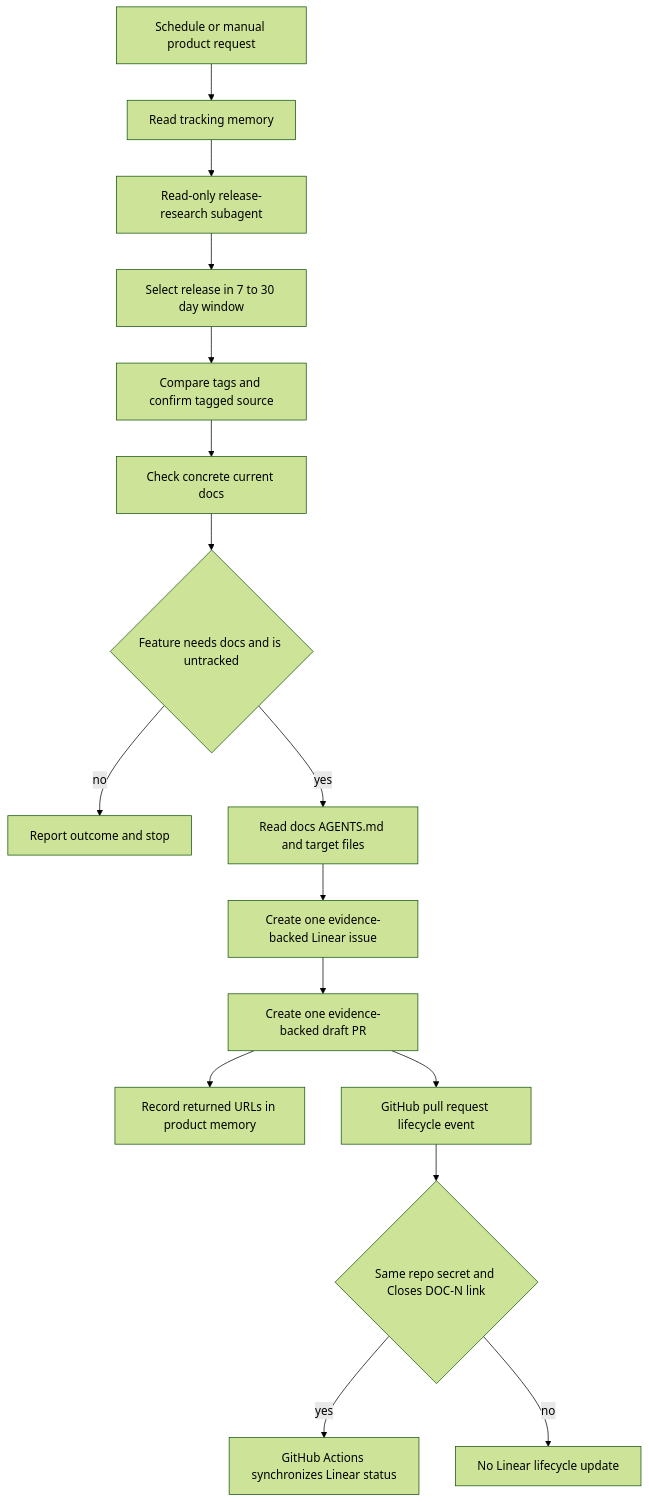
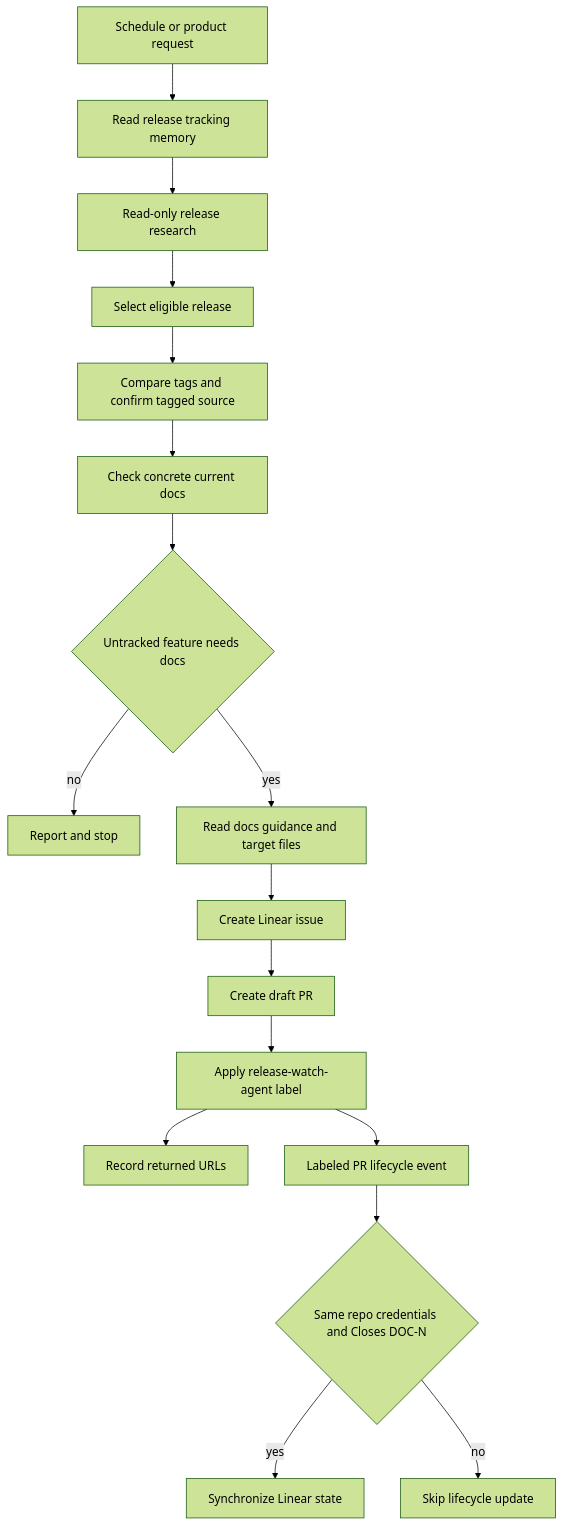
The diagram in openwiki/workflows/release-watch.md (langchain-ai/docs), drawn with Mermaid (forest theme) before and after one commit. The commit also changed other lines of this file and 33 other files, not shown here.

````diff
--- a/openwiki/workflows/release-watch.md
+++ b/openwiki/workflows/release-watch.md
@@ -90,18 +58,19 @@
 ```mermaid
 flowchart TD
-  Start["Schedule or manual product request"] --> Memory["Read tracking memory"]
-  Memory --> Research["Read-only release-research subagent"]
-  Research --> Select["Select release in 7 to 30 day window"]
-  Select --> Diff["Compare tags and confirm tagged source"]
-  Diff --> Coverage["Check concrete current docs"]
-  Coverage --> Gate{"Feature needs docs and is untracked"}
-  Gate -->|"no"| Stop["Report outcome and stop"]
-  Gate -->|"yes"| Base["Read docs AGENTS.md and target files"]
-  Base --> Issue["Create one evidence-backed Linear issue"]
-  Issue --> Draft["Create one evidence-backed draft PR"]
-  Draft --> Record["Record returned URLs in product memory"]
-  Draft --> Event["GitHub pull request lifecycle event"]
-  Event --> SyncGate{"Same repo secret and Closes DOC-N link"}
-  SyncGate -->|"yes"| Linear["GitHub Actions synchronizes Linear status"]
-  SyncGate -->|"no"| Skip["No Linear lifecycle update"]
+  Request["Schedule or product request"] --> Memory["Read release tracking memory"]
+  Memory --> Research["Read-only release research"]
+  Research --> Select["Select eligible release"]
+  Select --> Confirm["Compare tags and confirm tagged source"]
+  Confirm --> Coverage["Check concrete current docs"]
+  Coverage --> Gate{"Untracked feature needs docs"}
+  Gate -->|"no"| Stop["Report and stop"]
+  Gate -->|"yes"| Prepare["Read docs guidance and target files"]
+  Prepare --> Ticket["Create Linear issue"]
+  Ticket --> Draft["Create draft PR"]
+  Draft --> Label["Apply release-watch-agent label"]
+  Label --> Record["Record returned URLs"]
+  Label --> Event["Labeled PR lifecycle event"]
+  Event --> SyncGate{"Same repo credentials and Closes DOC-N"}
+  SyncGate -->|"yes"| Linear["Synchronize Linear state"]
+  SyncGate -->|"no"| NoSync["Skip lifecycle update"]
 ```
````
